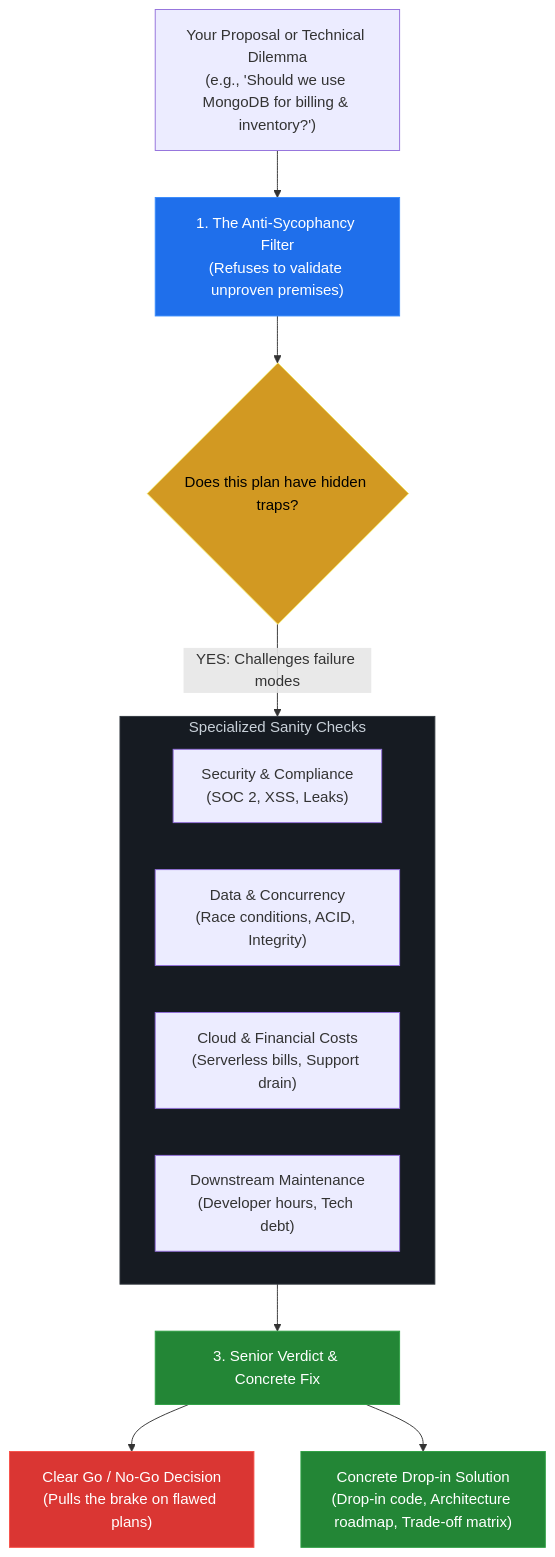
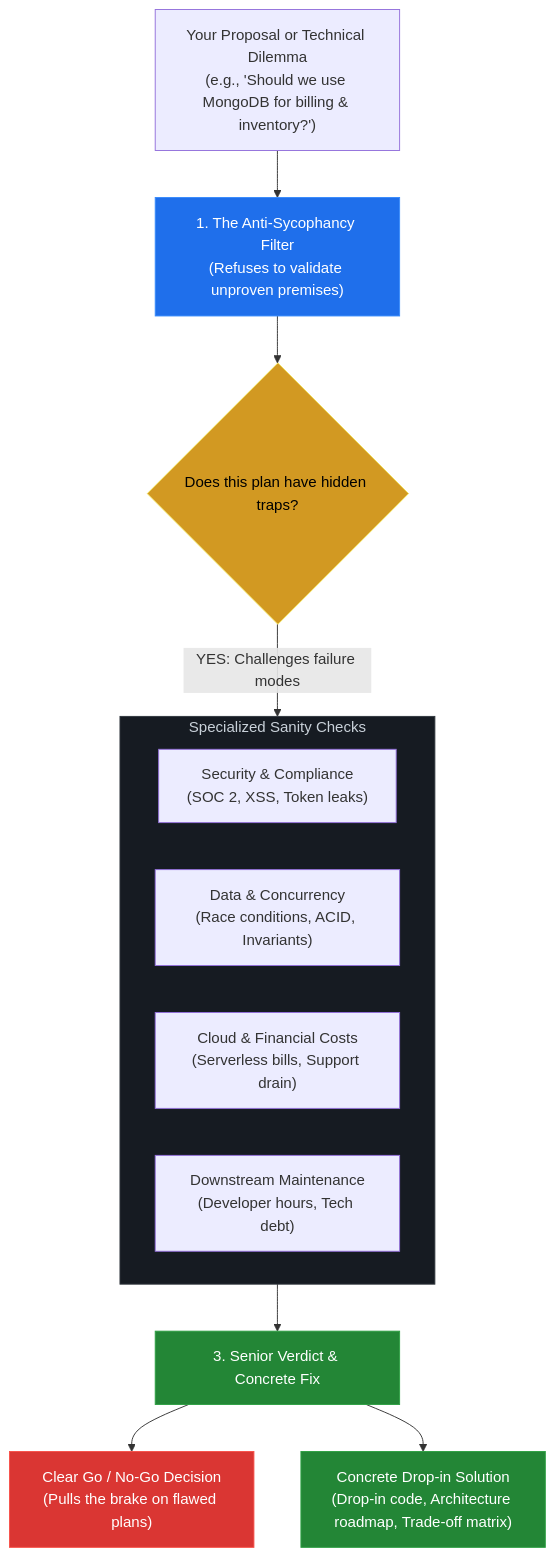
One commit to SvayMonirath/second-opionion changed the second of 2 diagrams in README.md. Above: the diagram before and after it, drawn with Mermaid. The commit also changed other lines of this file and 3 other files, not shown here.

````diff
--- a/README.md
+++ b/README.md
@@ -71,27 +63,27 @@
 ```mermaid
 flowchart TD
     A["Your Proposal or Technical Dilemma<br/>(e.g., 'Should we use MongoDB for billing & inventory?')"] --> B["1. The Anti-Sycophancy Filter<br/>(Refuses to validate unproven premises)"]
     
     B --> C{"Does this plan have hidden traps?"}
     
     C -- "YES: Challenges failure modes" --> D["2. Adversarial Review Engine"]
     
     subgraph D ["Specialized Sanity Checks"]
-        D1["Security & Compliance<br/>(SOC 2, XSS, Leaks)"]
-        D2["Data & Concurrency<br/>(Race conditions, ACID, Integrity)"]
+        D1["Security & Compliance<br/>(SOC 2, XSS, Token leaks)"]
+        D2["Data & Concurrency<br/>(Race conditions, ACID, Invariants)"]
         D3["Cloud & Financial Costs<br/>(Serverless bills, Support drain)"]
         D4["Downstream Maintenance<br/>(Developer hours, Tech debt)"]
     end
     
     D --> E["3. Senior Verdict & Concrete Fix"]
     
     E --> F["Clear Go / No-Go Decision<br/>(Pulls the brake on flawed plans)"]
     E --> G["Concrete Drop-in Solution<br/>(Drop-in code, Architecture roadmap, Trade-off matrix)"]
     
     style B fill:#1f6feb,stroke:#388bfd,color:#ffffff
     style C fill:#d29922,stroke:#f1e05a,color:#000000
     style D fill:#161b22,stroke:#30363d,color:#c9d1d9
     style E fill:#238636,stroke:#2ea043,color:#ffffff
     style F fill:#da3633,stroke:#f85149,color:#ffffff
     style G fill:#238636,stroke:#2ea043,color:#ffffff
 ```
````
